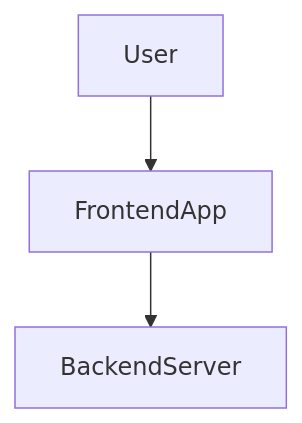
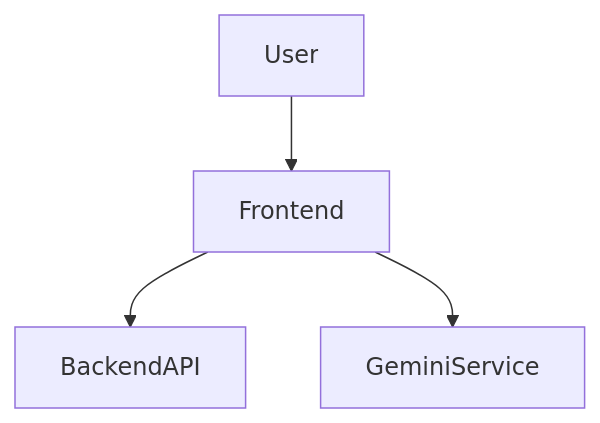
One commit to yogithasivakumar/FocusZen changed the first of 2 diagrams in README.md. Above: the diagram before and after it, drawn with Mermaid. The commit also changed other lines of this file, not shown here.

````diff
--- a/README.md
+++ b/README.md
@@ -11,5 +11,6 @@
 ```mermaid
 flowchart TD
-    User --> FrontendApp
-    FrontendApp --> BackendServer
+    User --> Frontend
+    Frontend --> BackendAPI
+    Frontend --> GeminiService
 ```
````
